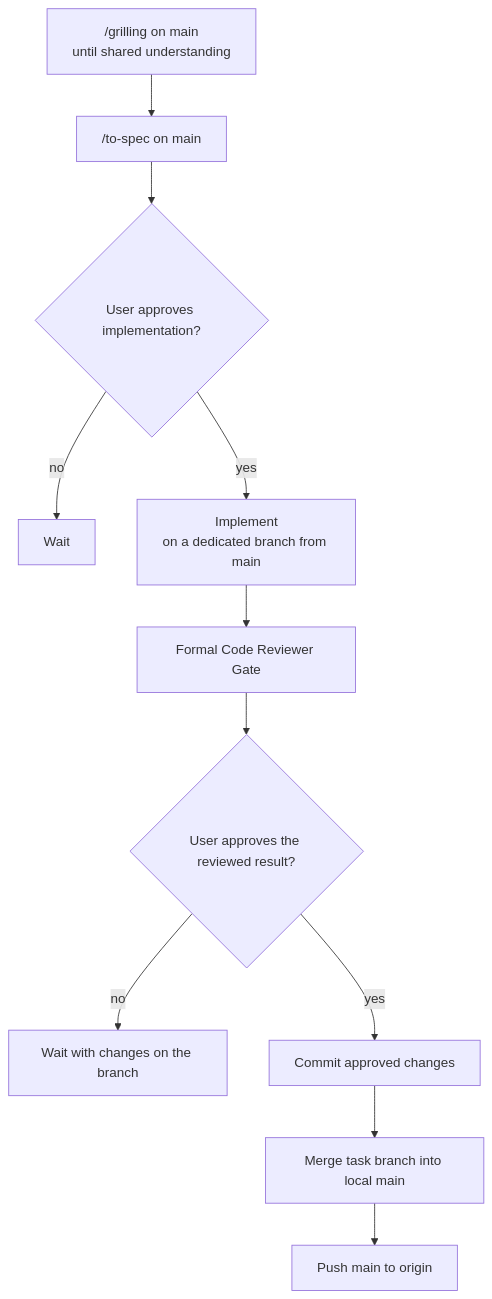
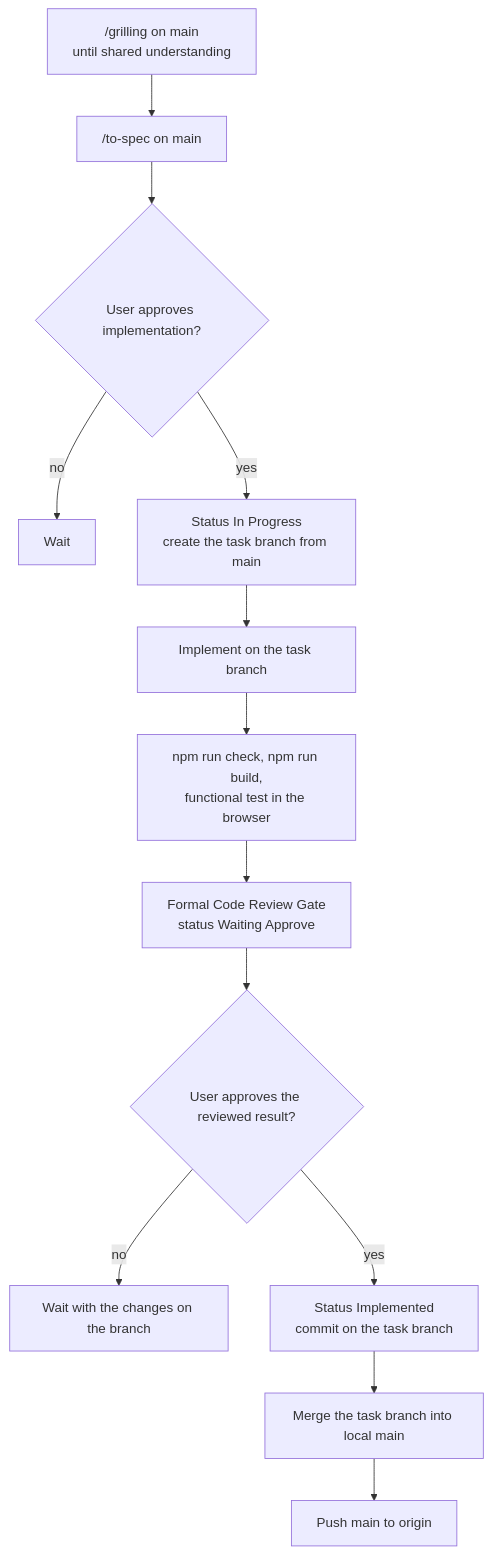
The diagram in AGENTS.md (fagnermourafeitosa/chokepoint-admin), drawn with Mermaid before and after one commit. The commit also changed other lines of this file, not shown here.

````diff
--- a/AGENTS.md
+++ b/AGENTS.md
@@ -51,13 +44,15 @@
 ```mermaid
 flowchart TD
     G["/grilling on main<br/>until shared understanding"] --> S["/to-spec on main"]
     S --> A{"User approves implementation?"}
     A -- no --> W1["Wait"]
-    A -- yes --> I["Implement<br/>on a dedicated branch from main"]
-    I --> R["Formal Code Reviewer Gate"]
+    A -- yes --> P["Status In Progress<br/>create the task branch from main"]
+    P --> I["Implement on the task branch"]
+    I --> V["npm run check, npm run build,<br/>functional test in the browser"]
+    V --> R["Formal Code Review Gate<br/>status Waiting Approve"]
     R --> C{"User approves the reviewed result?"}
-    C -- no --> W2["Wait with changes on the branch"]
-    C -- yes --> Commit["Commit approved changes"]
-    Commit --> Merge["Merge task branch into local main"]
-    Merge --> Push["Push main to origin"]
+    C -- no --> W2["Wait with the changes on the branch"]
+    C -- yes --> D["Status Implemented<br/>commit on the task branch"]
+    D --> M["Merge the task branch into local main"]
+    M --> U["Push main to origin"]
 ```
````
